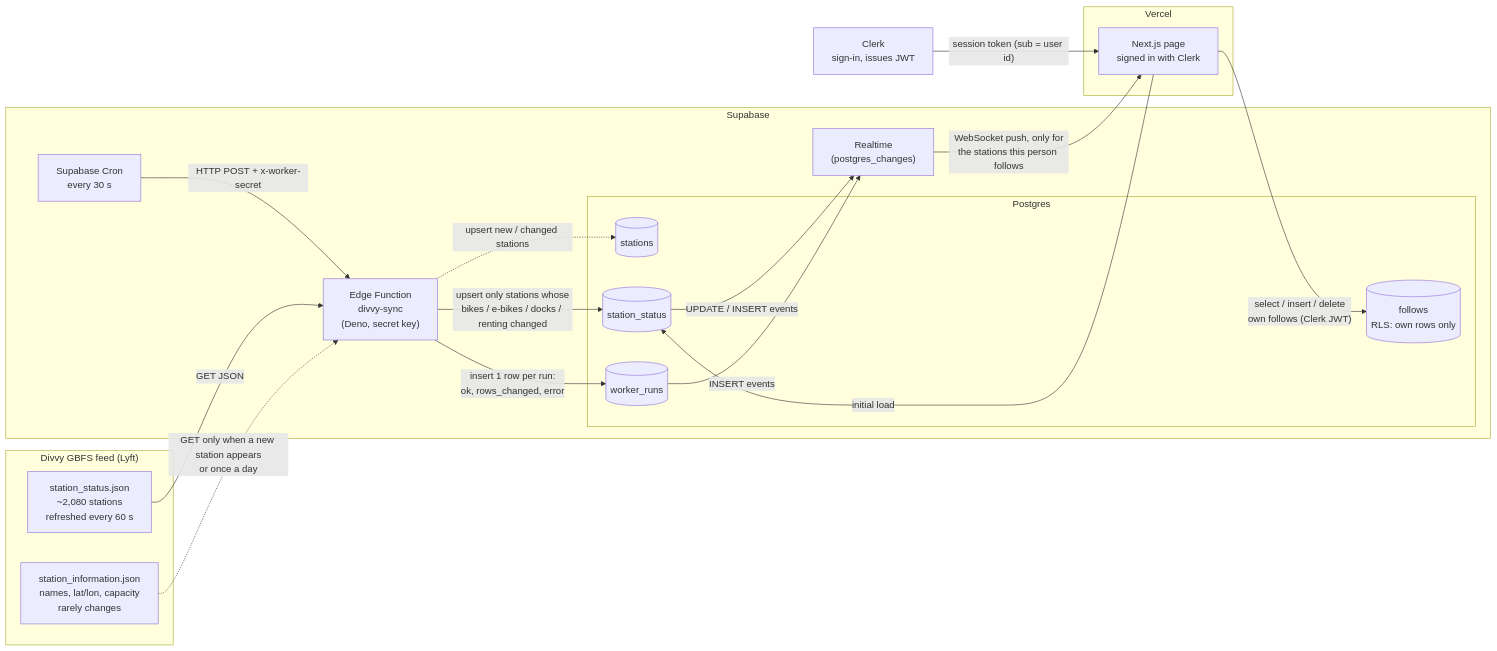
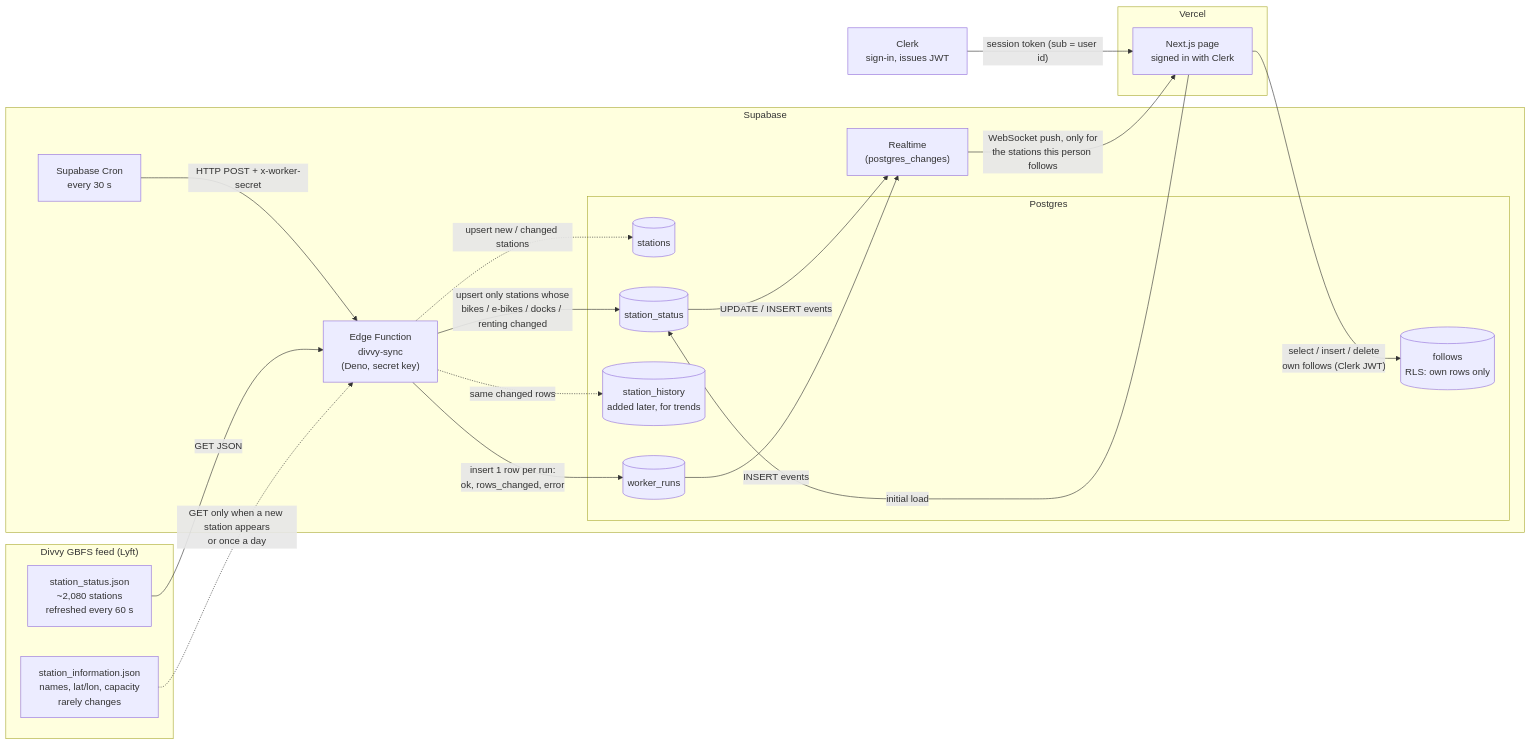
The diagram in docs/data-flow.md (YitingChen-coder/Chicago-Divvy-Live-Tracker), drawn with Mermaid before and after one commit. The commit also changed 2 other files, not shown here.

Commit message:
Document trends, alerts and the System tab

````diff
--- a/docs/data-flow.md
+++ b/docs/data-flow.md
@@ -5,37 +5,39 @@
 ```mermaid
 flowchart LR
     subgraph Divvy["Divvy GBFS feed (Lyft)"]
         SS["station_status.json<br/>~2,080 stations<br/>refreshed every 60 s"]
         SI["station_information.json<br/>names, lat/lon, capacity<br/>rarely changes"]
     end
 
     subgraph Supabase
         CRON["Supabase Cron<br/>every 30 s"]
         W["Edge Function<br/>divvy-sync<br/>(Deno, secret key)"]
         subgraph DB["Postgres"]
             ST[(stations)]
             STS[(station_status)]
             F[(follows<br/>RLS: own rows only)]
+            H[(station_history<br/>added later, for trends)]
             R[(worker_runs)]
         end
         RT["Realtime<br/>(postgres_changes)"]
     end
 
     subgraph Vercel
         P["Next.js page<br/>signed in with Clerk"]
     end
     CLERK["Clerk<br/>sign-in, issues JWT"]
 
     CRON -- "HTTP POST + x-worker-secret" --> W
     SS -- "GET JSON" --> W
     SI -. "GET only when a new station appears<br/>or once a day" .-> W
     W -- "upsert only stations whose<br/>bikes / e-bikes / docks / renting changed" --> STS
     W -. "upsert new / changed stations" .-> ST
     W -- "insert 1 row per run:<br/>ok, rows_changed, error" --> R
+    W -. "same changed rows" .-> H
     STS -- "UPDATE / INSERT events" --> RT
     R -- "INSERT events" --> RT
     RT -- "WebSocket push, only for<br/>the stations this person follows" --> P
     P -- "select / insert / delete<br/>own follows (Clerk JWT)" --> F
     P -- "initial load" --> STS
     CLERK -- "session token (sub = user id)" --> P
 ```
````
